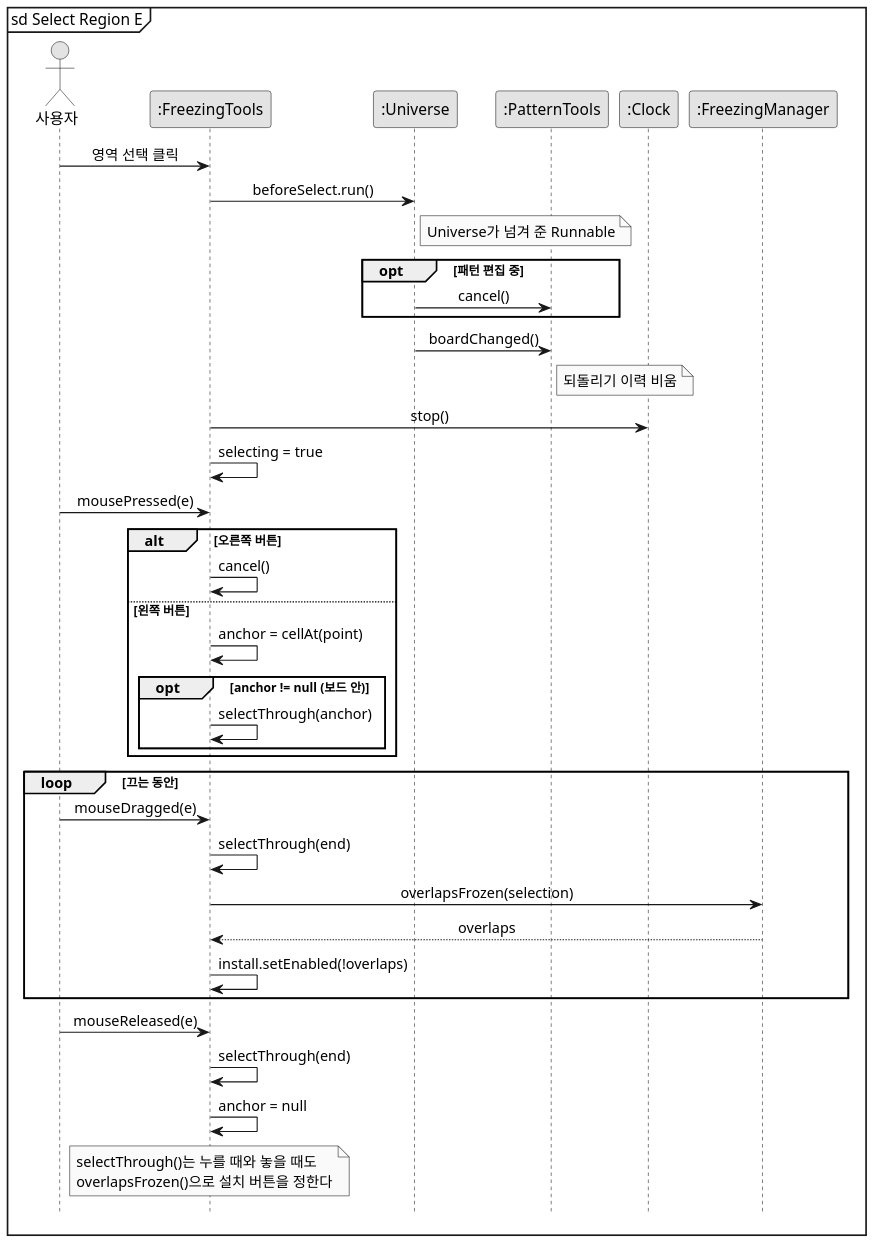
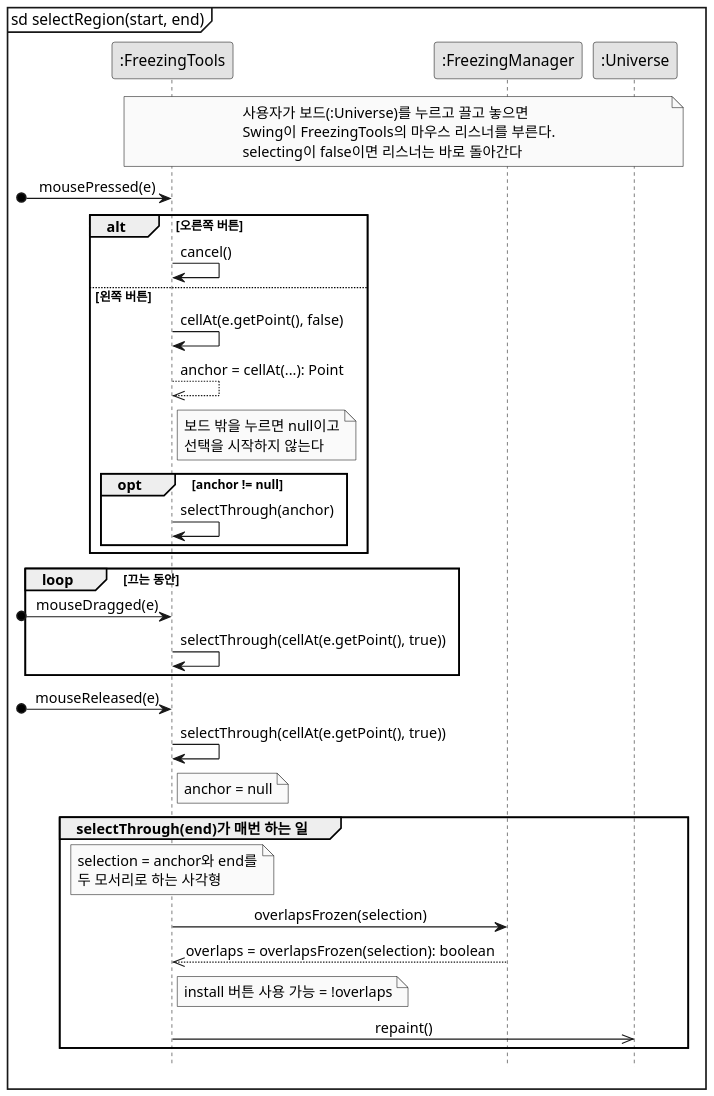
One commit to mckimR1972/DP_team_project changed the diagram in docs/freezing/diagram/sd-select-region.puml. Above: the diagram before and after it, drawn with PlantUML. The commit also changed 27 other files, not shown here.

```diff
--- a/docs/freezing/diagram/sd-select-region.puml
+++ b/docs/freezing/diagram/sd-select-region.puml
@@ -1,50 +1,44 @@
 @startuml sd-select-region
 skinparam monochrome true
 skinparam dpi 150
 skinparam shadowing false
 skinparam defaultFontName "Malgun Gothic"
 skinparam sequenceMessageAlign center
 hide footbox
-mainframe sd Select Region E
+mainframe sd selectRegion(start, end)
 
-actor "사용자" as User
 participant ":FreezingTools" as T
+participant ":FreezingManager" as M
 participant ":Universe" as U
-participant ":PatternTools" as P
-participant ":Clock" as C
-participant ":FreezingManager" as M
 
-User -> T : 영역 선택 클릭
-T -> U : beforeSelect.run()
-note right of U : Universe가 넘겨 준 Runnable
-opt 패턴 편집 중
-  U -> P : cancel()
-end
-U -> P : boardChanged()
-note right of P : 되돌리기 이력 비움
-T -> C : stop()
-T -> T : selecting = true
+note over T, U : 사용자가 보드(:Universe)를 누르고 끌고 놓으면\nSwing이 FreezingTools의 마우스 리스너를 부른다.\nselecting이 false이면 리스너는 바로 돌아간다
 
-User -> T : mousePressed(e)
+[o-> T : mousePressed(e)
 alt 오른쪽 버튼
   T -> T : cancel()
 else 왼쪽 버튼
-  T -> T : anchor = cellAt(point)
-  opt anchor != null (보드 안)
+  T -> T : cellAt(e.getPoint(), false)
+  T -->> T : anchor = cellAt(...): Point
+  note right of T : 보드 밖을 누르면 null이고\n선택을 시작하지 않는다
+  opt anchor != null
     T -> T : selectThrough(anchor)
   end
 end
 
 loop 끄는 동안
-  User -> T : mouseDragged(e)
-  T -> T : selectThrough(end)
-  T -> M : overlapsFrozen(selection)
-  M --> T : overlaps
-  T -> T : install.setEnabled(!overlaps)
+  [o-> T : mouseDragged(e)
+  T -> T : selectThrough(cellAt(e.getPoint(), true))
 end
 
-User -> T : mouseReleased(e)
-T -> T : selectThrough(end)
-T -> T : anchor = null
-note over T : selectThrough()는 누를 때와 놓을 때도\noverlapsFrozen()으로 설치 버튼을 정한다
+[o-> T : mouseReleased(e)
+T -> T : selectThrough(cellAt(e.getPoint(), true))
+note right of T : anchor = null
+
+group selectThrough(end)가 매번 하는 일
+  note over T : selection = anchor와 end를\n두 모서리로 하는 사각형
+  T -> M : overlapsFrozen(selection)
+  M -->> T : overlaps = overlapsFrozen(selection): boolean
+  note right of T : install 버튼 사용 가능 = !overlaps
+  T ->> U : repaint()
+end
 @enduml
```
